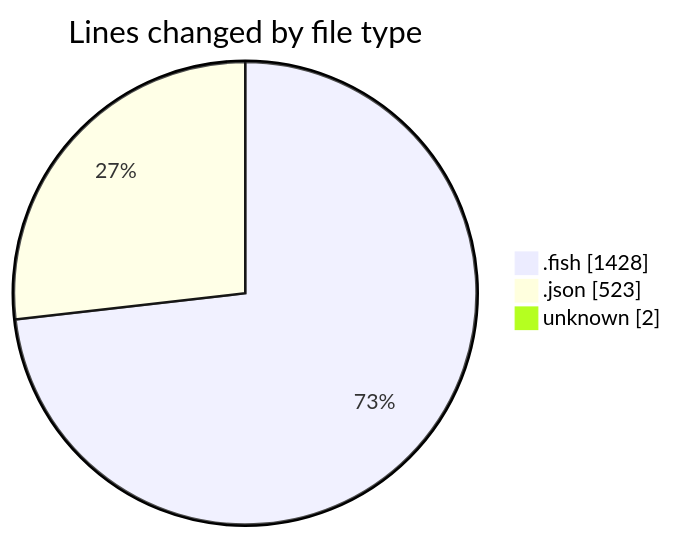
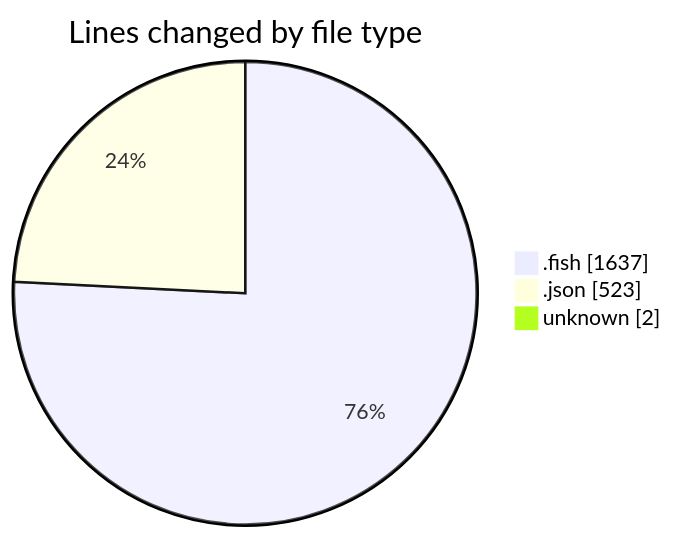
One commit to EIIisD/code-tracking changed the first of 2 diagrams in 2025-07-12/fish/README.md. Above: the diagram before and after it, drawn with Mermaid. The commit also changed other lines of this file and 1 other file, not shown here.

````diff
--- a/2025-07-12/fish/README.md
+++ b/2025-07-12/fish/README.md
@@ -68,7 +100,7 @@
 ```mermaid
 pie showData
 title Lines changed by file type
-".fish" : 1428
+".fish" : 1637
 ".json" : 523
 "unknown" : 2
 ```
````
